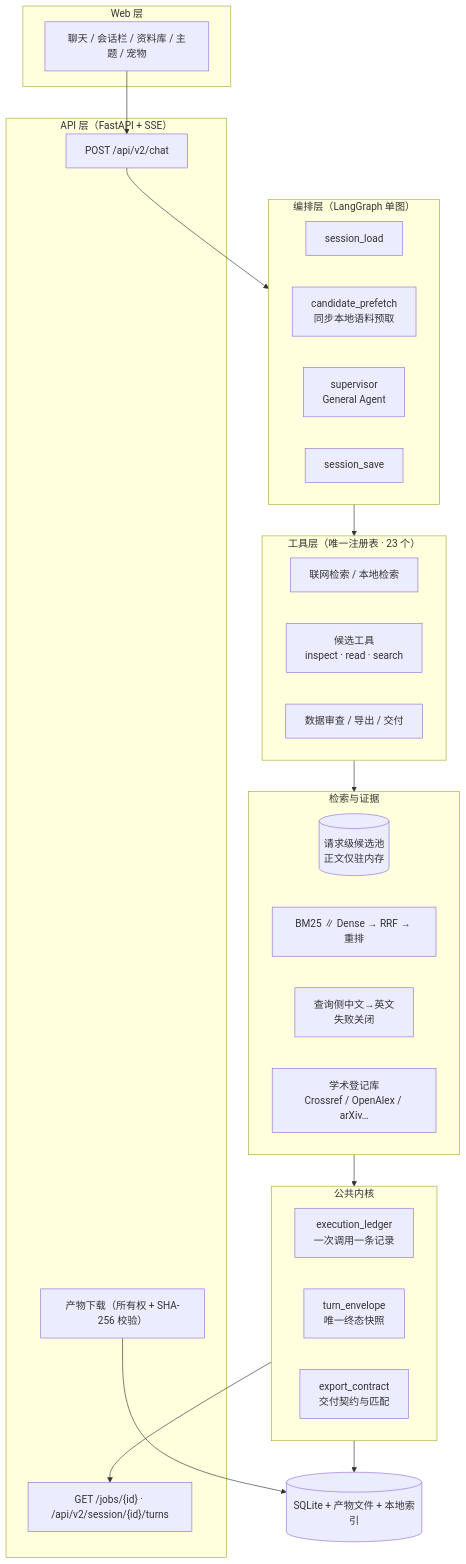
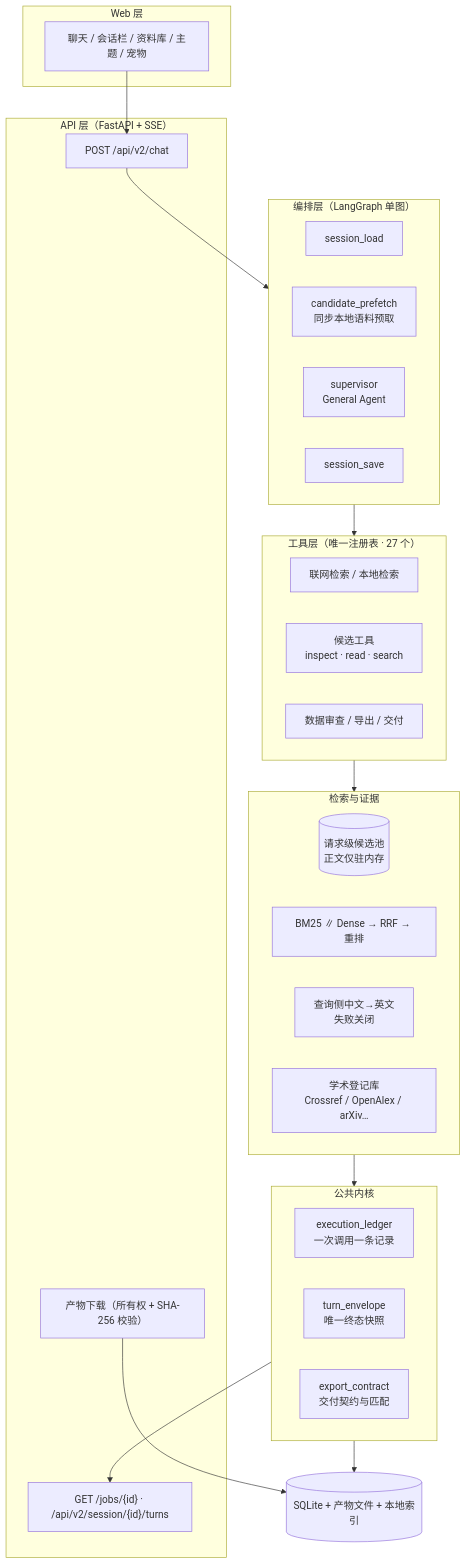
Before and after one commit to w1-23/QAagent: the first of 4 diagrams in README.md, drawn with Mermaid. The commit also changed other lines of this file and 190 other files, not shown here.

````diff
--- a/README.md
+++ b/README.md
@@ -28,42 +30,42 @@
 ```mermaid
 flowchart TB
     subgraph WEB["Web 层"]
         UI["聊天 / 会话栏 / 资料库 / 主题 / 宠物"]
     end
     subgraph API["API 层（FastAPI + SSE）"]
         CHAT["POST /api/v2/chat"]
         JOB["GET /jobs/{id} · /api/v2/session/{id}/turns"]
         ART["产物下载（所有权 + SHA-256 校验）"]
     end
     subgraph GRAPH["编排层（LangGraph 单图）"]
         SL["session_load"]
         CP["candidate_prefetch<br/>同步本地语料预取"]
         SUP["supervisor<br/>General Agent"]
         SS["session_save"]
     end
-    subgraph TOOLS["工具层（唯一注册表 · 23 个）"]
+    subgraph TOOLS["工具层（唯一注册表 · 27 个）"]
         T1["联网检索 / 本地检索"]
         T2["候选工具<br/>inspect · read · search"]
         T3["数据审查 / 导出 / 交付"]
     end
     subgraph RET["检索与证据"]
         POOL[("请求级候选池<br/>正文仅驻内存")]
         BM["BM25 ∥ Dense → RRF → 重排"]
         LANG["查询侧中文→英文<br/>失败关闭"]
         LIT["学术登记库<br/>Crossref / OpenAlex / arXiv…"]
     end
     subgraph CORE["公共内核"]
         LEDGER["execution_ledger<br/>一次调用一条记录"]
         ENVELOPE["turn_envelope<br/>唯一终态快照"]
         CONTRACT["export_contract<br/>交付契约与匹配"]
     end
     STORE[("SQLite + 产物文件 + 本地索引")]
 
     UI --> CHAT --> GRAPH
     GRAPH --> TOOLS
     TOOLS --> RET
     RET --> CORE
     CORE --> STORE
     CORE --> JOB
     ART --> STORE
 ```
````
